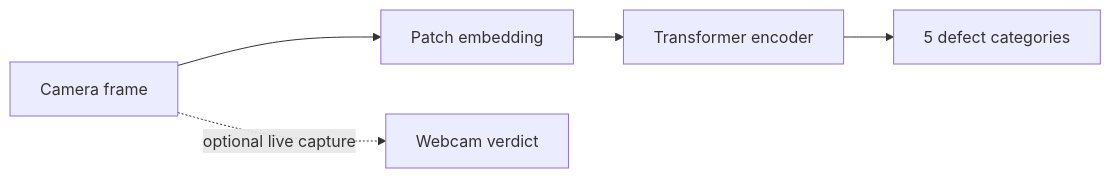
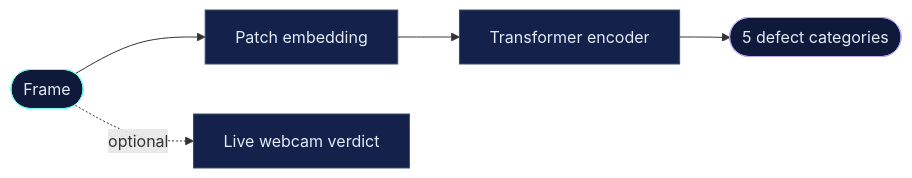
Before and after one commit to Shashank2006offl/Shashank2006offl: the second of 4 diagrams in README.md, drawn with Mermaid. The commit also changed other lines of this file, not shown here.

````diff
--- a/README.md
+++ b/README.md
@@ -64,7 +67,12 @@
 ```mermaid
 flowchart LR
-    A[Camera frame] --> B[Patch embedding]
+    A([Frame]) --> B[Patch embedding]
     B --> C[Transformer encoder]
-    C --> D[5 defect categories]
-    A -.optional live capture.-> E[Webcam verdict]
+    C --> D([5 defect categories])
+    A -. optional .-> E[Live webcam verdict]
+    style A fill:#0f1a3a,stroke:#6FFFE9,color:#e3ebf8
+    style D fill:#0f1a3a,stroke:#b9a7ff,color:#e3ebf8
+    style B fill:#14214a,stroke:#3a506b,color:#e3ebf8
+    style C fill:#14214a,stroke:#3a506b,color:#e3ebf8
+    style E fill:#14214a,stroke:#3a506b,color:#e3ebf8
 ```
````
